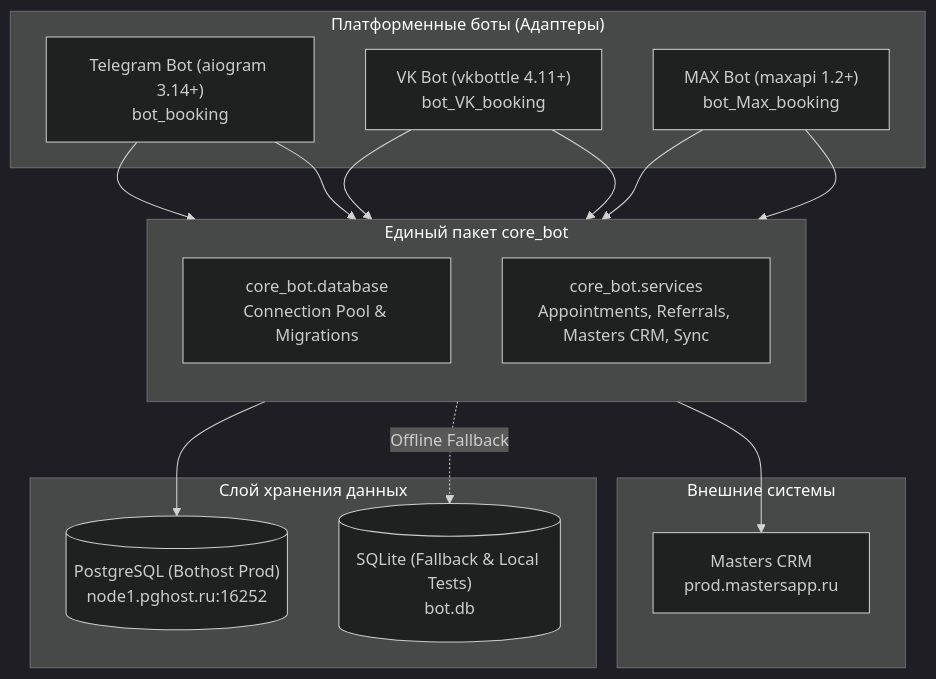
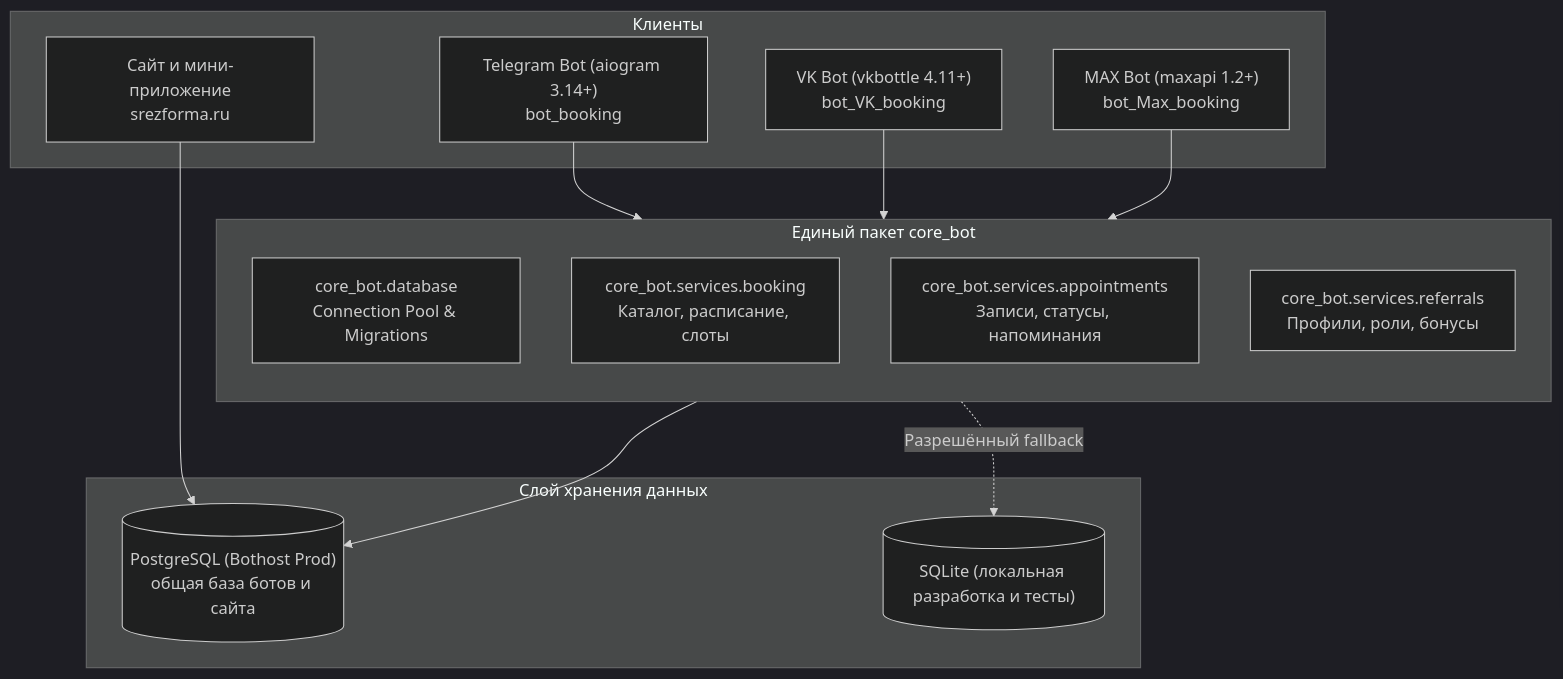
Before and after one commit to BorisGafurov/Max_booking: the diagram in docs/ARCHITECTURE_AND_API.md, drawn with Mermaid (dark theme). The commit also changed other lines of this file and 29 other files, not shown here.

Commit message:
Remove Masters CRM sync; unify booking with Srez site (schedule, services, availability)

````diff
--- a/docs/ARCHITECTURE_AND_API.md
+++ b/docs/ARCHITECTURE_AND_API.md
@@ -12,34 +11,29 @@
 ```mermaid
 flowchart TD
-    subgraph Clients["Платформенные боты (Адаптеры)"]
+    subgraph Clients["Клиенты"]
         TG["Telegram Bot (aiogram 3.14+)<br/>bot_booking"]
         VK["VK Bot (vkbottle 4.11+)<br/>bot_VK_booking"]
         MAX["MAX Bot (maxapi 1.2+)<br/>bot_Max_booking"]
+        SITE["Сайт и мини-приложение<br/>srezforma.ru"]
     end
 
     subgraph Core["Единый пакет core_bot"]
         direction TB
         DB_LAYER["core_bot.database<br/>Connection Pool & Migrations"]
-        SERVICES["core_bot.services<br/>Appointments, Referrals, Masters CRM, Sync"]
+        BOOKING["core_bot.services.booking<br/>Каталог, расписание, слоты"]
+        APPTS["core_bot.services.appointments<br/>Записи, статусы, напоминания"]
+        REFS["core_bot.services.referrals<br/>Профили, роли, бонусы"]
     end
 
     subgraph Storage["Слой хранения данных"]
-        PG[("PostgreSQL (Bothost Prod)<br/>node1.pghost.ru:16252")]
-        SQLITE[("SQLite (Fallback & Local Tests)<br/>bot.db")]
+        PG[("PostgreSQL (Bothost Prod)<br/>общая база ботов и сайта")]
+        SQLITE[("SQLite (локальная разработка и тесты)")]
     end
 
-    subgraph External["Внешние системы"]
-        MASTERS["Masters CRM<br/>prod.mastersapp.ru"]
-    end
-
-    TG --> SERVICES
-    VK --> SERVICES
-    MAX --> SERVICES
-    TG --> DB_LAYER
-    VK --> DB_LAYER
-    MAX --> DB_LAYER
-
-    DB_LAYER --> PG
-    DB_LAYER -.->|Offline Fallback| SQLITE
-    SERVICES --> MASTERS
+    TG --> Core
+    VK --> Core
+    MAX --> Core
+    SITE --> PG
+    Core --> PG
+    DB_LAYER -.->|Разрешённый fallback| SQLITE
 ```
````
